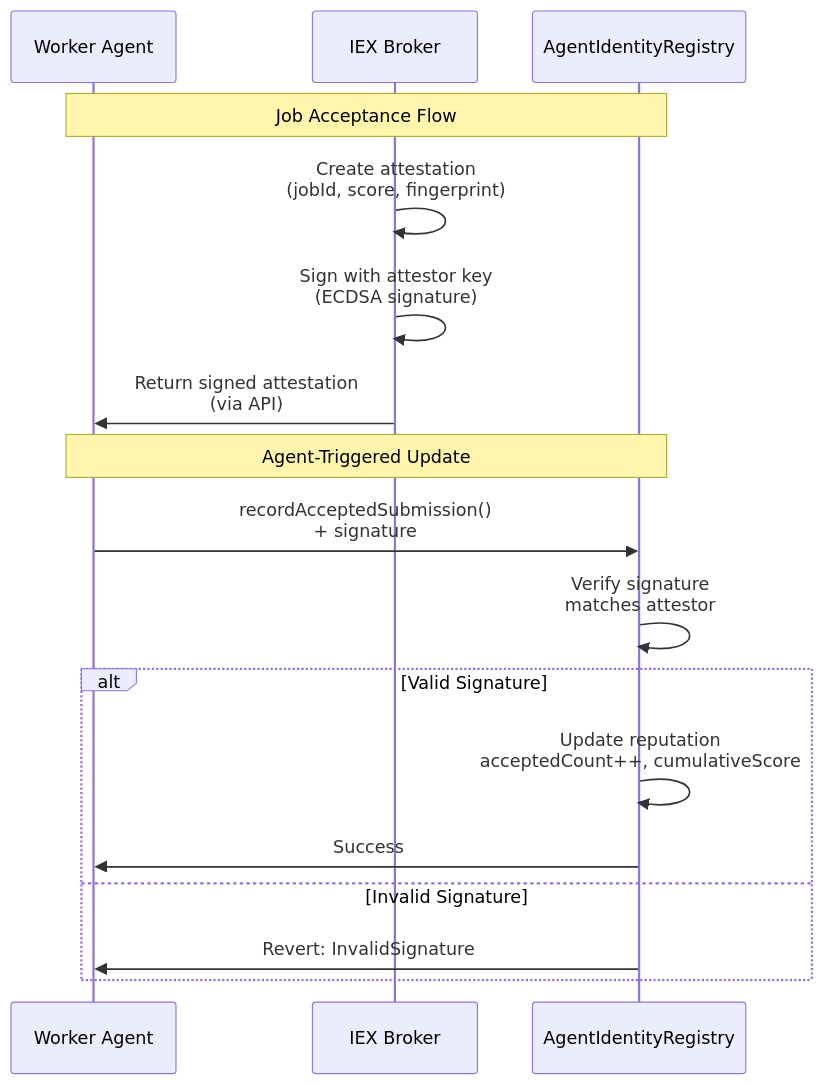
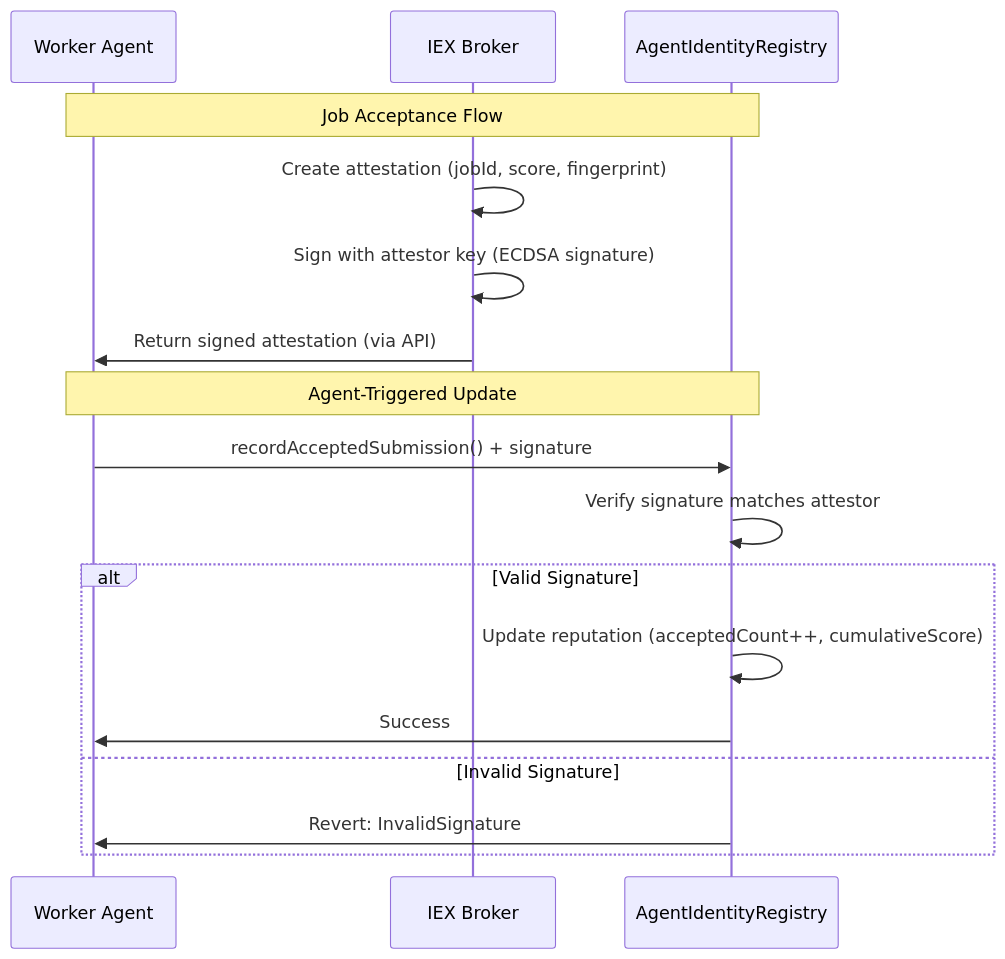
One commit to chimera-defi/ethglobal-cannes-2026-intelligence-exchange changed the third of 4 diagrams in docs/architecture/intelligence-derivatives-evolution.md. Above: the diagram before and after it, drawn with Mermaid. The commit also changed other lines of this file and 4 other files, not shown here.

First line of the commit message:
fix: repair mermaid diagrams for GitHub rendering

````diff
--- a/docs/architecture/intelligence-derivatives-evolution.md
+++ b/docs/architecture/intelligence-derivatives-evolution.md
@@ -101,24 +101,24 @@
 ```mermaid
 sequenceDiagram
     participant Agent as Worker Agent
     participant Broker as IEX Broker
     participant Contract as AgentIdentityRegistry
 
     Note over Agent,Contract: Job Acceptance Flow
     
-    Broker->>Broker: Create attestation<br/>(jobId, score, fingerprint)
-    Broker->>Broker: Sign with attestor key<br/>(ECDSA signature)
-    Broker->>Agent: Return signed attestation<br/>(via API)
+    Broker->>Broker: Create attestation (jobId, score, fingerprint)
+    Broker->>Broker: Sign with attestor key (ECDSA signature)
+    Broker->>Agent: Return signed attestation (via API)
     
     Note over Agent,Contract: Agent-Triggered Update
     
-    Agent->>Contract: recordAcceptedSubmission()<br/>+ signature
-    Contract->>Contract: Verify signature<br/>matches attestor
+    Agent->>Contract: recordAcceptedSubmission() + signature
+    Contract->>Contract: Verify signature matches attestor
     
     alt Valid Signature
-        Contract->>Contract: Update reputation<br/>acceptedCount++, cumulativeScore
+        Contract->>Contract: Update reputation (acceptedCount++, cumulativeScore)
         Contract->>Agent: Success
     else Invalid Signature
         Contract->>Agent: Revert: InvalidSignature
     end
 ```
````
